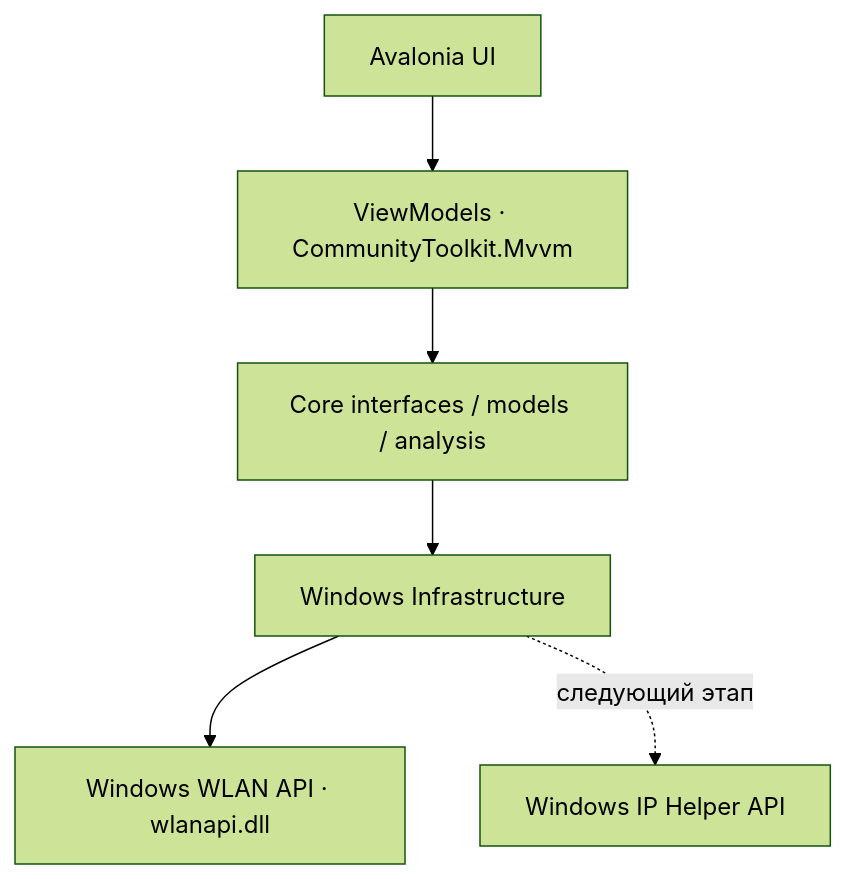
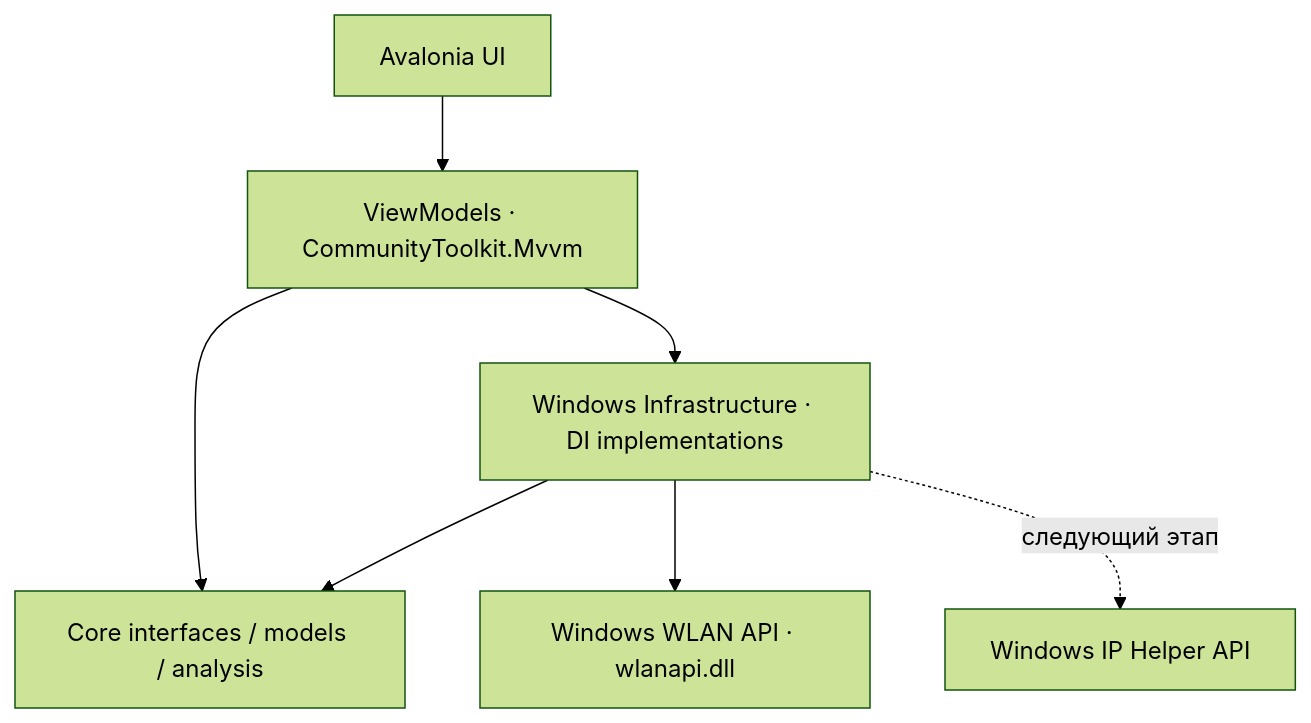
Before and after one commit to KirillBass/WIFI_Scanner: the diagram in README.md, drawn with Mermaid (forest theme). The commit also changed other lines of this file and 30 other files, not shown here.

````diff
--- a/README.md
+++ b/README.md
@@ -62,8 +75,9 @@
 ```mermaid
 flowchart TD
   UI["Avalonia UI"] --> VM["ViewModels · CommunityToolkit.Mvvm"]
   VM --> Core["Core interfaces / models / analysis"]
-  Core --> Infra["Windows Infrastructure"]
+  VM --> Infra["Windows Infrastructure · DI implementations"]
+  Infra --> Core
   Infra --> WLAN["Windows WLAN API · wlanapi.dll"]
   Infra -. "следующий этап" .-> IP["Windows IP Helper API"]
 ```
````
